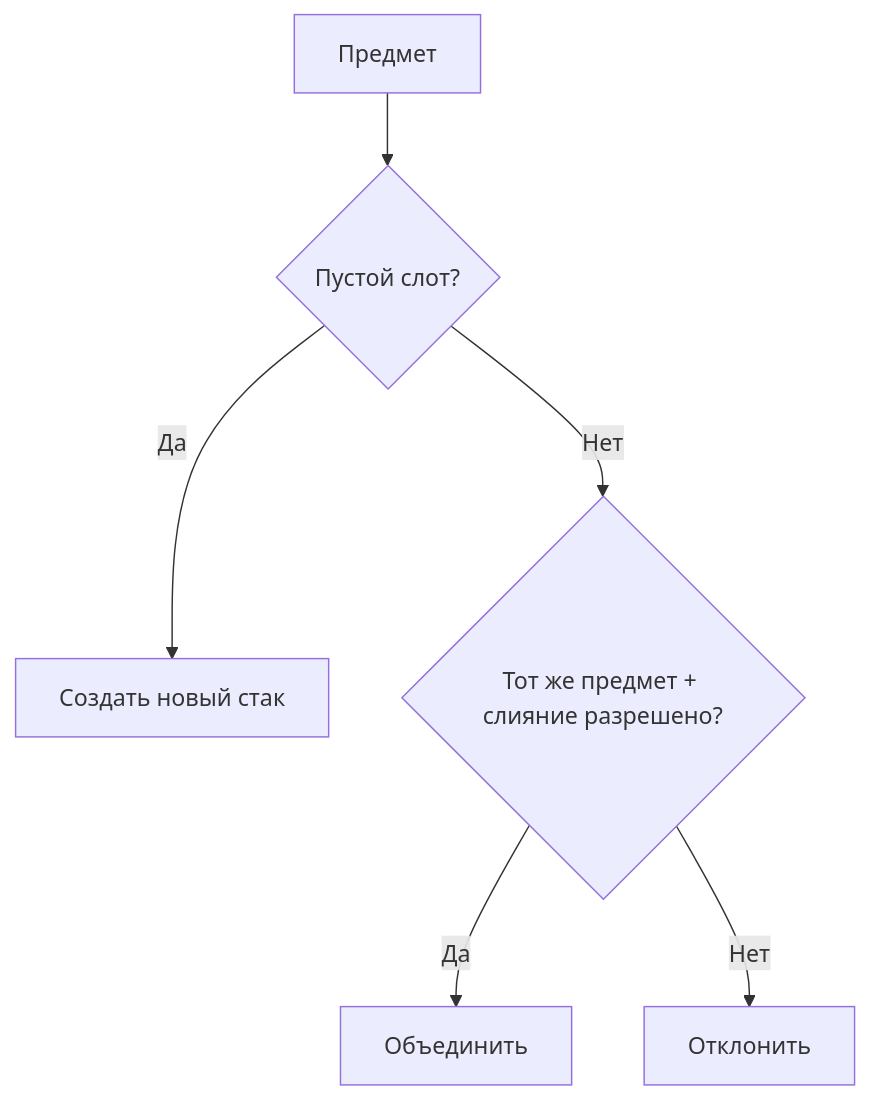
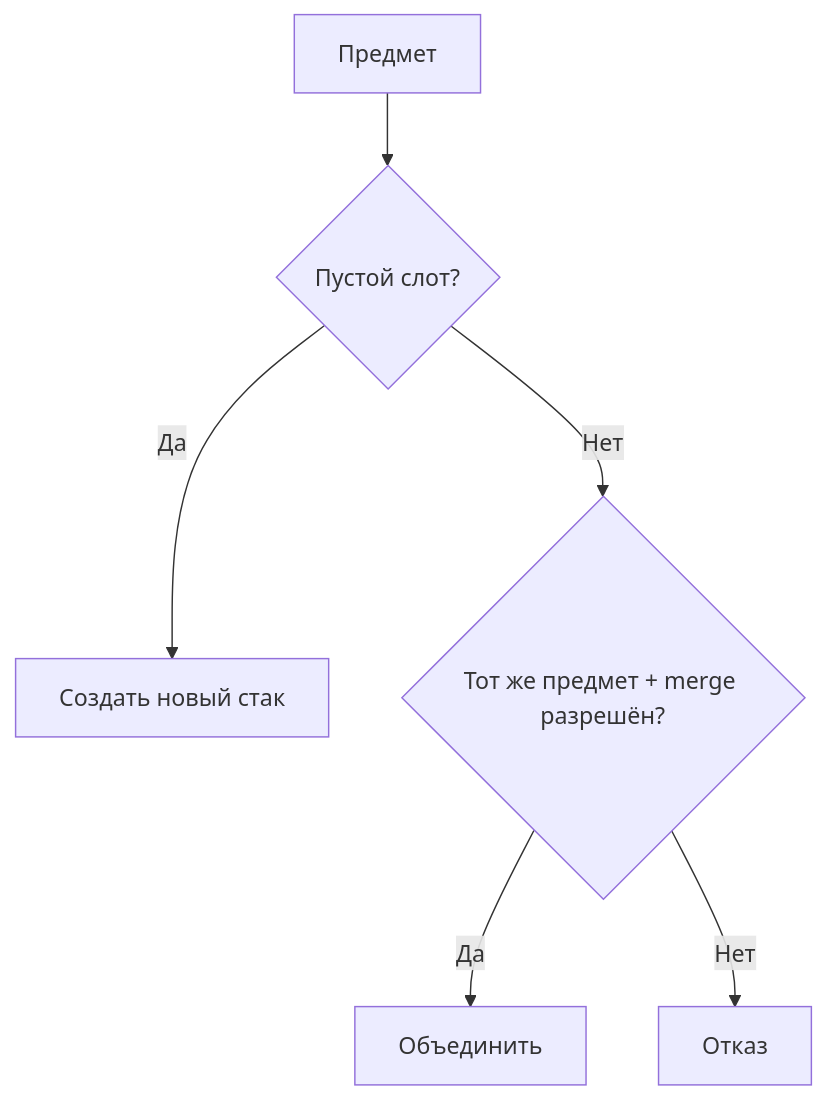
Before and after one commit to SergeevSergey99/DragAndDropSystem-Docs: the fourth of 4 diagrams in .docs/content/architecture/strategies.ru.md, drawn with Mermaid. The commit also changed other lines of this file and 15 other files, not shown here.

````diff
--- a/.docs/content/architecture/strategies.ru.md
+++ b/.docs/content/architecture/strategies.ru.md
@@ -69,8 +80,8 @@
 ```mermaid
 flowchart TD
     A["Предмет"] --> B{"Пустой слот?"}
     B -->|Да| C["Создать новый стак"]
-    B -->|Нет| D{"Тот же предмет + слияние разрешено?"}
+    B -->|Нет| D{"Тот же предмет + merge разрешён?"}
     D -->|Да| E["Объединить"]
-    D -->|Нет| F["Отклонить"]
+    D -->|Нет| F["Отказ"]
 ```
````
